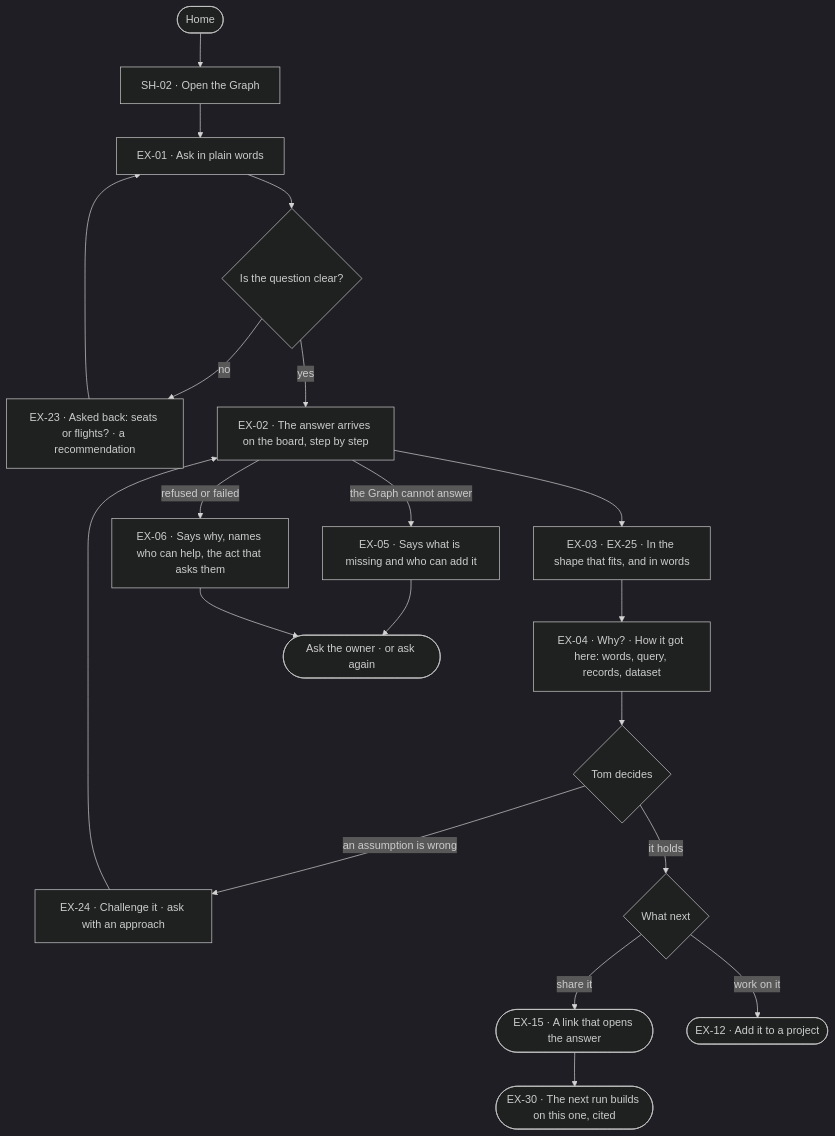
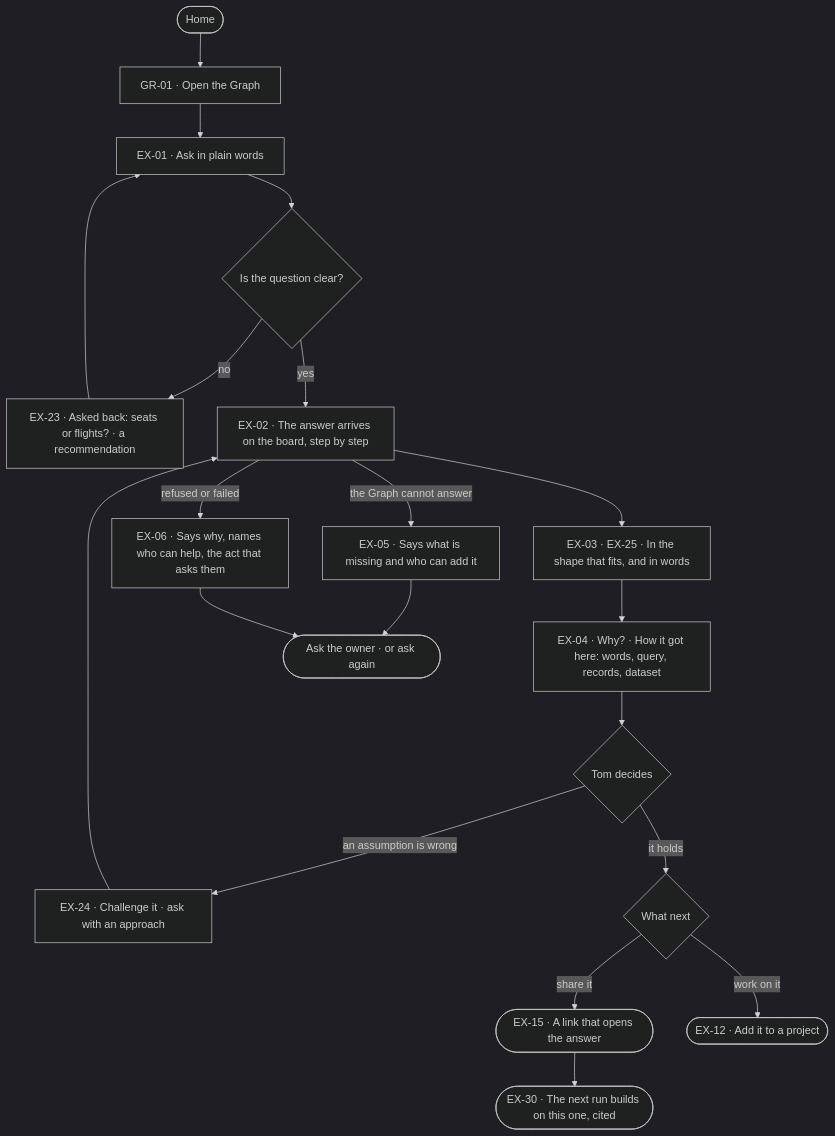
The diagram in specs/journeys/J02-ask-and-trust-the-answer.md (invana/invana), drawn with Mermaid (dark theme) before and after one commit. The commit also changed other lines of this file and 884 other files, not shown here.

````diff
--- a/specs/journeys/J02-ask-and-trust-the-answer.md
+++ b/specs/journeys/J02-ask-and-trust-the-answer.md
@@ -16,20 +16,20 @@
 ```mermaid
 flowchart TD
-  A([Home]) --> B["SH-02 · Open the Graph"]
+  A([Home]) --> B["GR-01 · Open the Graph"]
   B --> C["EX-01 · Ask in plain words"]
   C --> D{"Is the question clear?"}
   D -->|no| E["EX-23 · Asked back: seats or flights? · a recommendation"] --> C
   D -->|yes| F["EX-02 · The answer arrives on the board, step by step"]
   F --> G["EX-03 · EX-25 · In the shape that fits, and in words"]
   G --> H["EX-04 · Why? · How it got here: words, query, records, dataset"]
   H --> I{"Tom decides"}
   I -->|an assumption is wrong| J["EX-24 · Challenge it · ask with an approach"] --> F
   I -->|it holds| K{"What next"}
   K -->|share it| L(["EX-15 · A link that opens the answer"])
   K -->|work on it| M(["EX-12 · Add it to a project"])
   F -->|the Graph cannot answer| N["EX-05 · Says what is missing and who can add it"]
   F -->|refused or failed| O["EX-06 · Says why, names who can help, the act that asks them"]
   N --> P(["Ask the owner · or ask again"])
   O --> P
   L --> Q(["EX-30 · The next run builds on this one, cited"])
 ```
````
